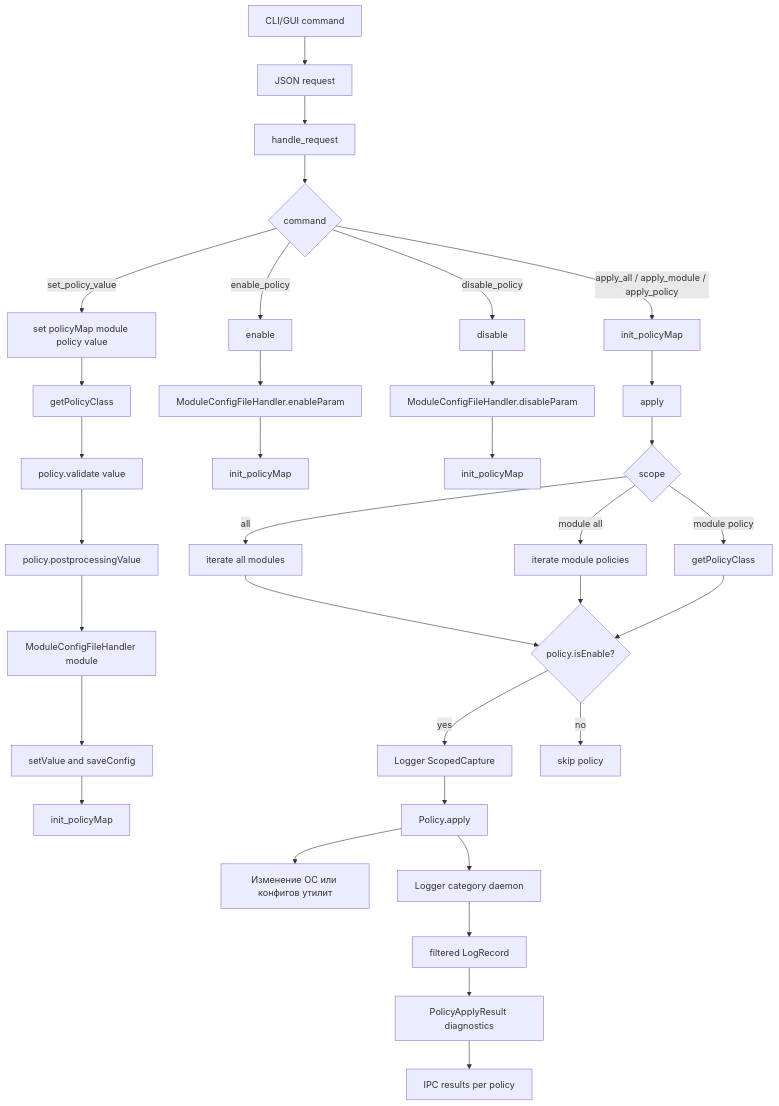
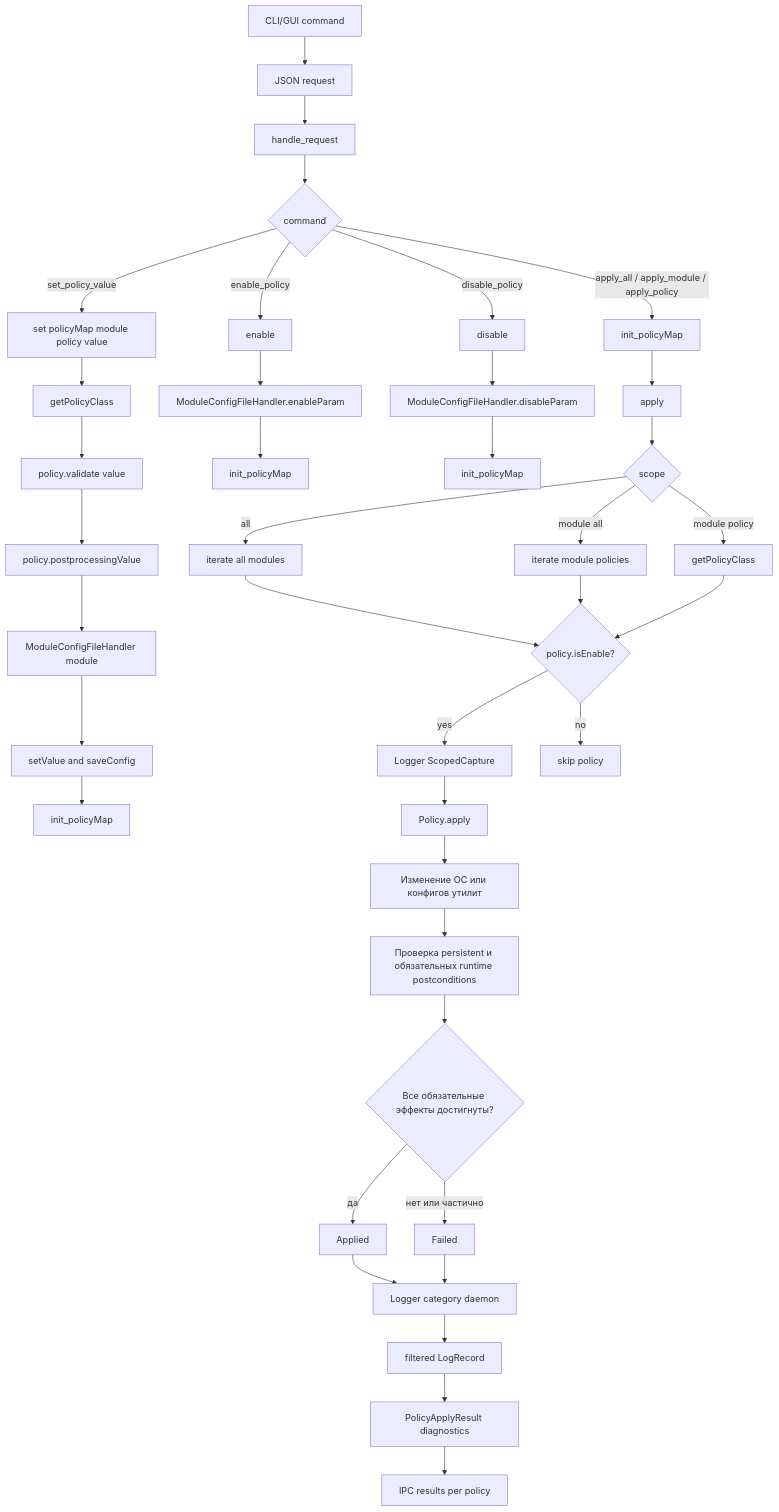
Before and after one commit to RevoltStar/FIC: the seventh of 14 diagrams in docs/architecture-diagrams.md, drawn with Mermaid. The commit also changed other lines of this file and 19 other files, not shown here.

````diff
--- a/docs/architecture-diagrams.md
+++ b/docs/architecture-diagrams.md
@@ -215,41 +215,46 @@
 ```mermaid
 flowchart TD
     clientCommand[CLI/GUI command] --> json[JSON request]
     json --> router[handle_request]
 
     router --> commandType{command}
 
     commandType -->|set_policy_value| setFn[set policyMap module policy value]
     setFn --> getPolicy[getPolicyClass]
     getPolicy --> validate[policy.validate value]
     validate --> postprocess[policy.postprocessingValue]
     postprocess --> moduleConfig[ModuleConfigFileHandler module]
     moduleConfig --> saveValue[setValue and saveConfig]
     saveValue --> reloadAfterSet[init_policyMap]
 
     commandType -->|enable_policy| enableFn[enable]
     enableFn --> enableConfig[ModuleConfigFileHandler.enableParam]
     enableConfig --> reloadAfterEnable[init_policyMap]
 
     commandType -->|disable_policy| disableFn[disable]
     disableFn --> disableConfig[ModuleConfigFileHandler.disableParam]
     disableConfig --> reloadAfterDisable[init_policyMap]
 
     commandType -->|apply_all / apply_module / apply_policy| reloadBeforeApply[init_policyMap]
     reloadBeforeApply --> apply[apply]
     apply --> chooseScope{scope}
     chooseScope -->|all| allModules[iterate all modules]
     chooseScope -->|module all| oneModule[iterate module policies]
     chooseScope -->|module policy| onePolicy[getPolicyClass]
     allModules --> enabledOnly{policy.isEnable?}
     oneModule --> enabledOnly
     onePolicy --> enabledOnly
     enabledOnly -->|yes| capture[Logger ScopedCapture]
     enabledOnly -->|no| skip[skip policy]
     capture --> caf[Policy.apply]
     caf --> osChange[Изменение ОС или конфигов утилит]
-    caf --> log[Logger category daemon]
+    osChange --> verify[Проверка persistent и обязательных runtime postconditions]
+    verify --> cafResult{Все обязательные эффекты достигнуты?}
+    cafResult -->|да| applied[Applied]
+    cafResult -->|нет или частично| failed[Failed]
+    applied --> log[Logger category daemon]
+    failed --> log
     log --> diagnostic[filtered LogRecord]
     diagnostic --> result[PolicyApplyResult diagnostics]
     result --> response[IPC results per policy]
 ```
````
